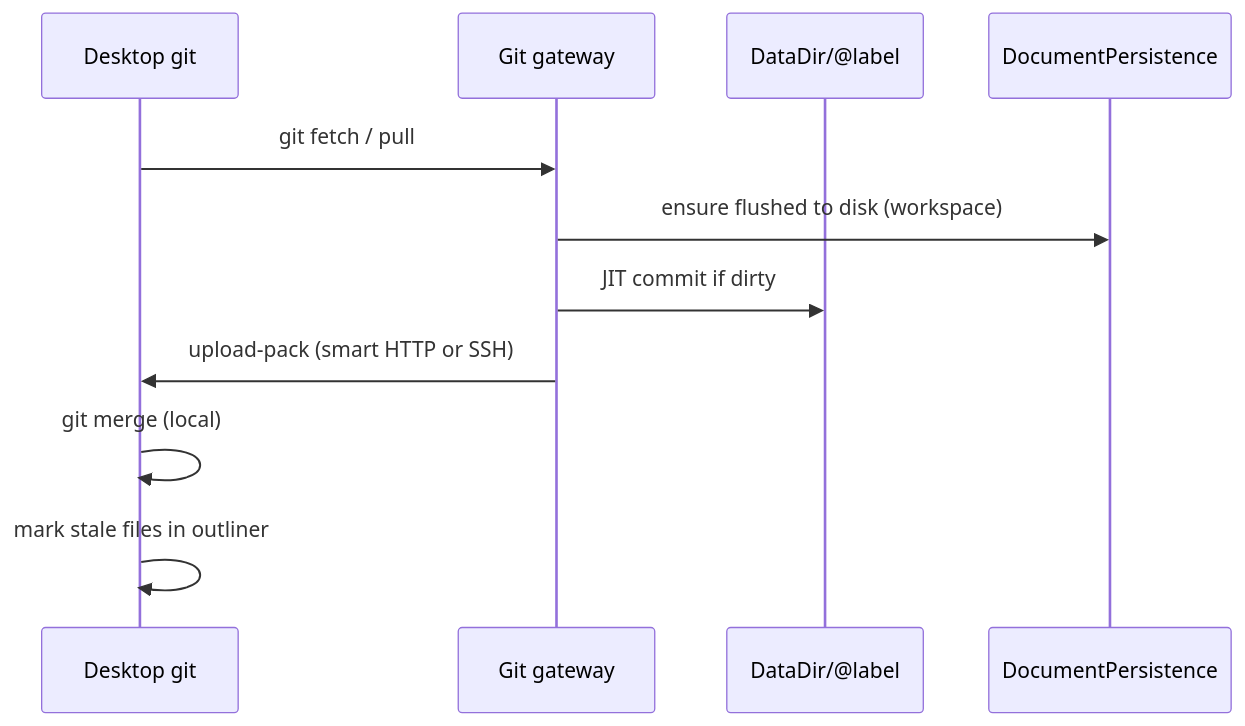
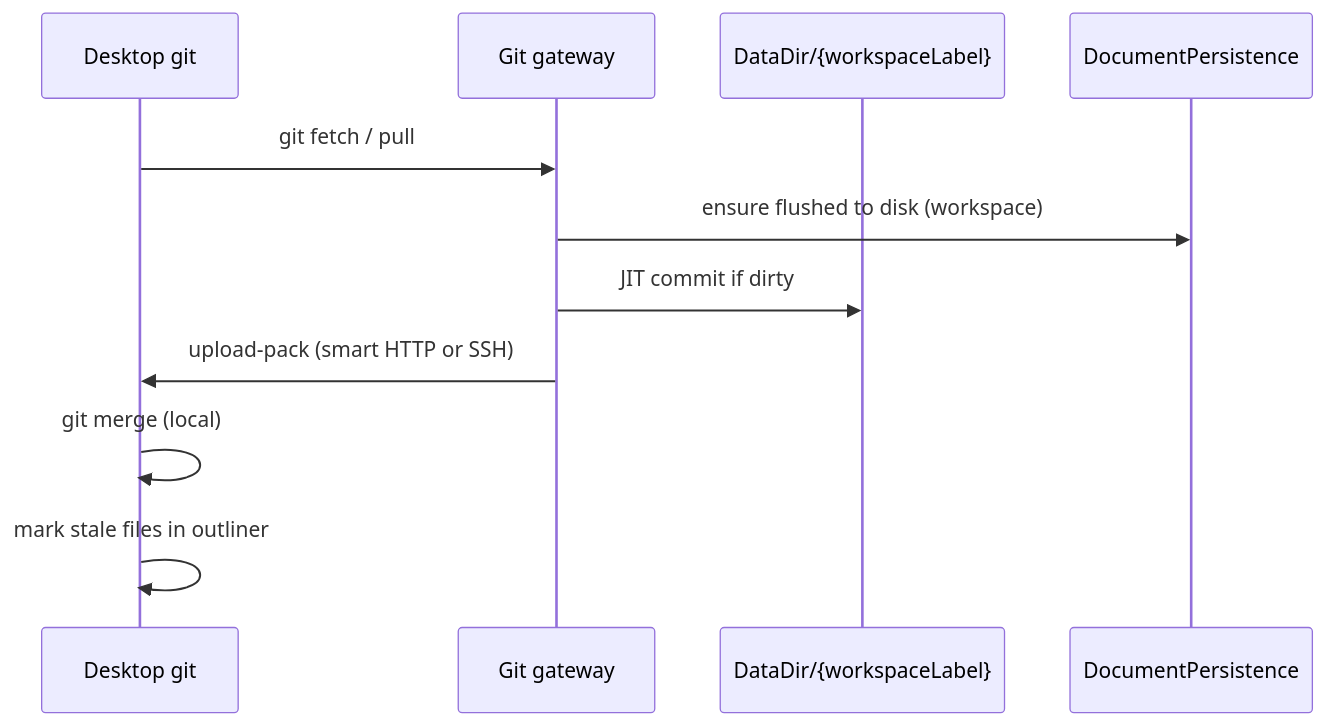
Before and after one commit to abaljeu/ambit: the first of 2 diagrams in doc/roadmap/git-sync-gateway.md, drawn with Mermaid. The commit also changed other lines of this file and 29 other files, not shown here.

````diff
--- a/doc/roadmap/git-sync-gateway.md
+++ b/doc/roadmap/git-sync-gateway.md
@@ -60,15 +60,15 @@
 ```mermaid
 %%{init: {'themeVariables': {'fontSize': '20px'}}}%%
 sequenceDiagram
   participant Client as Desktop git
   participant GW as Git gateway
-  participant FS as DataDir/@label
+  participant FS as DataDir/{workspaceLabel}
   participant DP as DocumentPersistence
 
   Client->>GW: git fetch / pull
   GW->>DP: ensure flushed to disk (workspace)
   GW->>FS: JIT commit if dirty
   GW->>Client: upload-pack (smart HTTP or SSH)
   Client->>Client: git merge (local)
   Client->>Client: mark stale files in outliner
 ```
````
